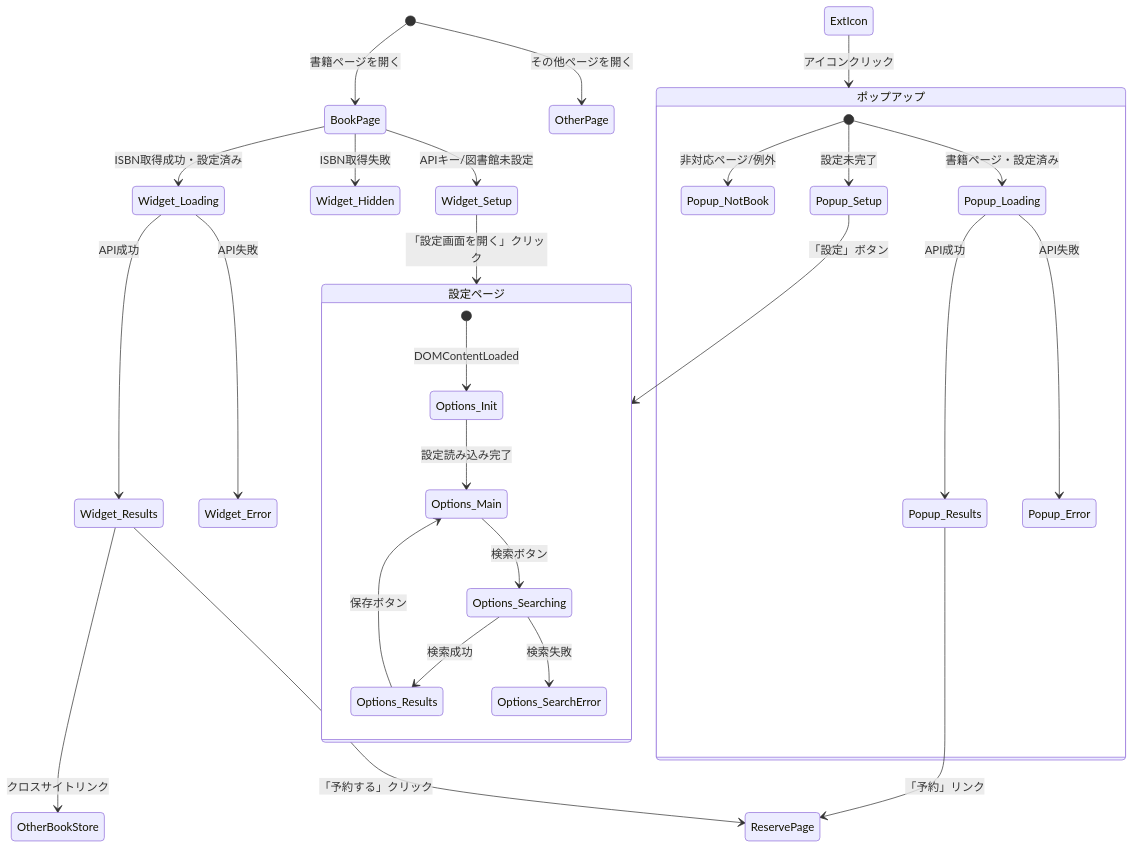
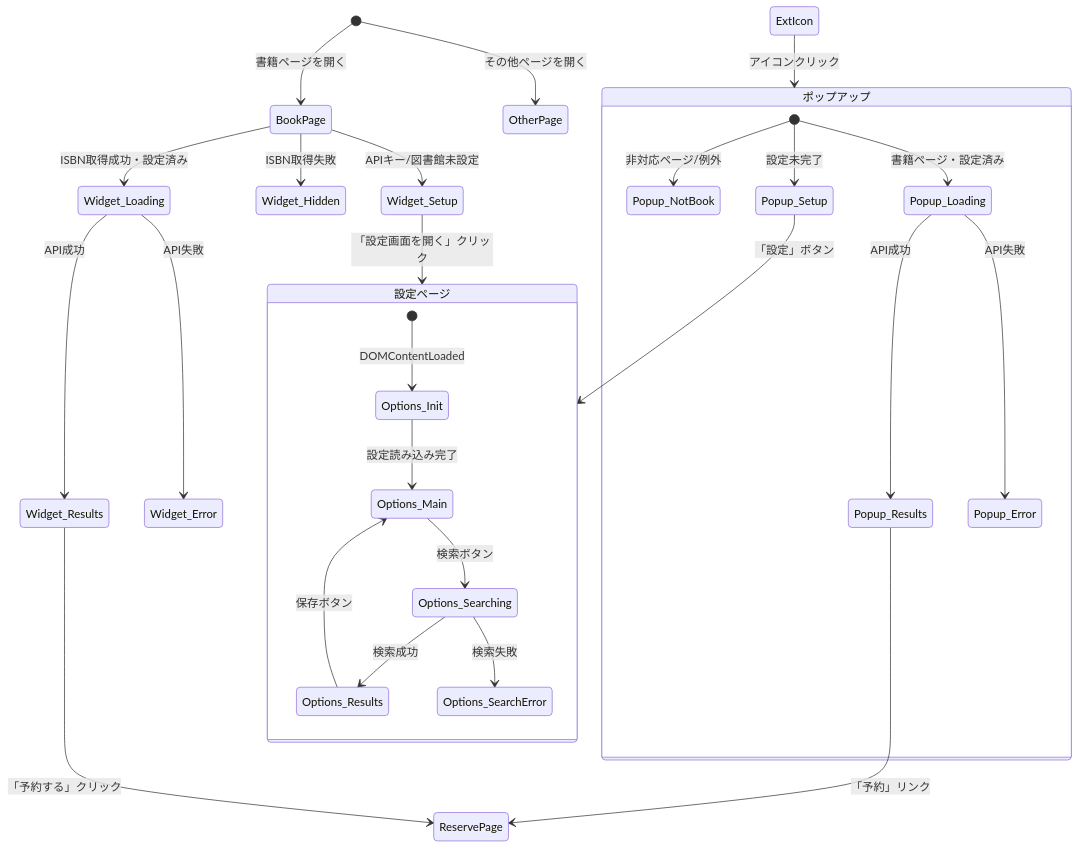
The ninth of 10 diagrams in docs/functional-design.md (kanameg/web-library-checker), drawn with Mermaid before and after one commit. The commit also changed other lines of this file and 11 other files, not shown here.

````diff
--- a/docs/functional-design.md
+++ b/docs/functional-design.md
@@ -559,37 +554,36 @@
 ```mermaid
 stateDiagram-v2
     [*] --> BookPage : 書籍ページを開く
     [*] --> OtherPage : その他ページを開く
 
     BookPage --> Widget_Loading : ISBN取得成功・設定済み
     BookPage --> Widget_Hidden : ISBN取得失敗
     BookPage --> Widget_Setup : APIキー/図書館未設定
 
     Widget_Loading --> Widget_Results : API成功
     Widget_Loading --> Widget_Error : API失敗
 
     Widget_Results --> ReservePage : 「予約する」クリック
     Widget_Setup --> OptionsPage : 「設定画面を開く」クリック
-    Widget_Results --> OtherBookStore : クロスサイトリンク
 
     state "ポップアップ" as Popup {
         [*] --> Popup_NotBook : 非対応ページ/例外
         [*] --> Popup_Setup : 設定未完了
         [*] --> Popup_Loading : 書籍ページ・設定済み
         Popup_Loading --> Popup_Results : API成功
         Popup_Loading --> Popup_Error : API失敗
     }
 
     ExtIcon --> Popup : アイコンクリック
     Popup_Setup --> OptionsPage : 「設定」ボタン
     Popup_Results --> ReservePage : 「予約」リンク
 
     state "設定ページ" as OptionsPage {
         [*] --> Options_Init : DOMContentLoaded
         Options_Init --> Options_Main : 設定読み込み完了
         Options_Main --> Options_Searching : 検索ボタン
         Options_Searching --> Options_Results : 検索成功
         Options_Searching --> Options_SearchError : 検索失敗
         Options_Results --> Options_Main : 保存ボタン
     }
 ```
````
